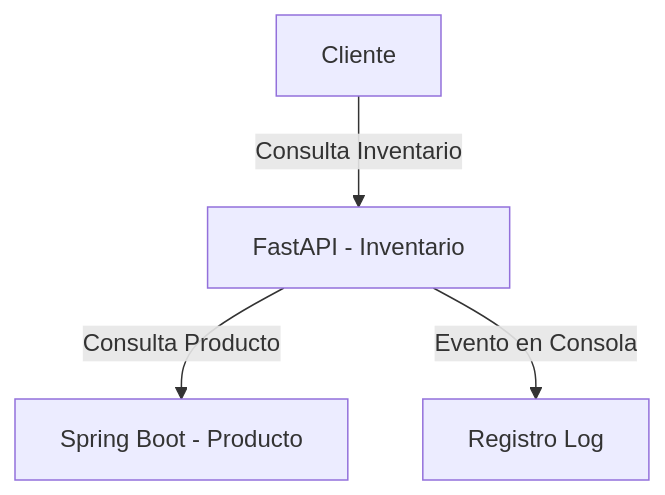
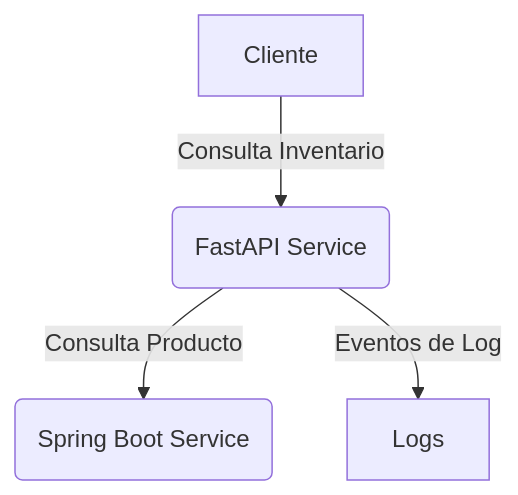
Before and after one commit to ImGAMP/Prueba-Jink: the diagram in README.md, drawn with Mermaid. The commit also changed other lines of this file and 3 other files, not shown here.

````diff
--- a/README.md
+++ b/README.md
@@ -45,6 +48,6 @@
 ```mermaid
 graph TD
-    A[Cliente] -->|Consulta Inventario| B[FastAPI - Inventario]
-    B -->|Consulta Producto| C[Spring Boot - Producto]
-    B -->|Evento en Consola| D[Registro Log]
+    Cliente -->|Consulta Inventario| Inventario(FastAPI Service)
+    Inventario -->|Consulta Producto| Producto(Spring Boot Service)
+    Inventario -->|Eventos de Log| Logs
 ```
````
